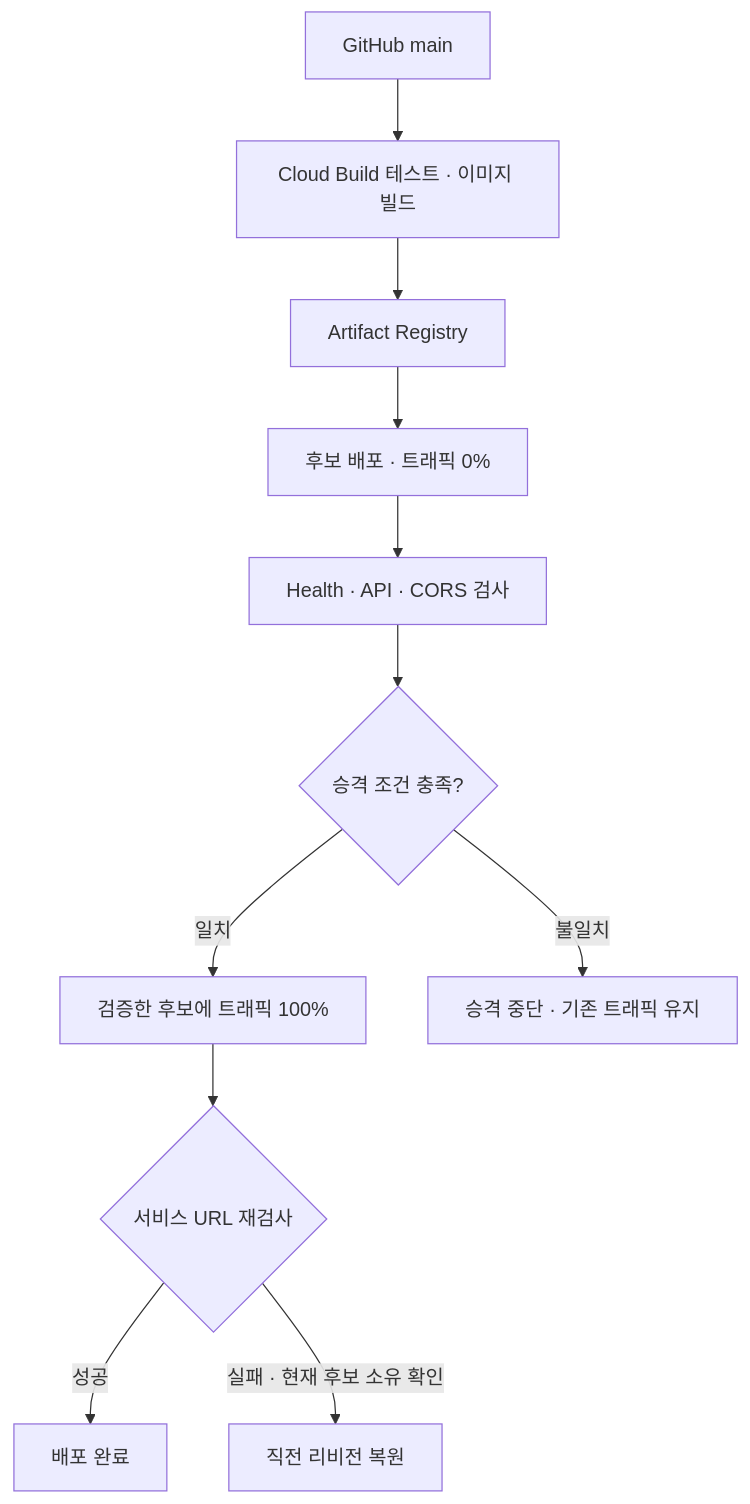
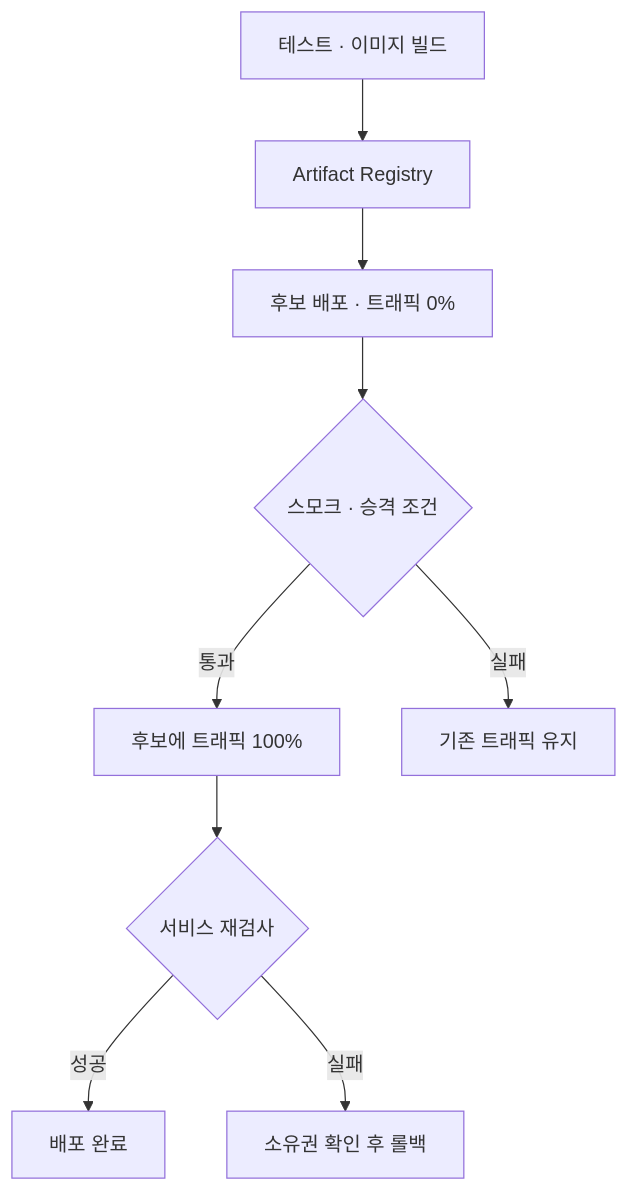
The seventh of 7 diagrams in README.md (ParkChanWoo0321/CityFarmerPlus_BE), drawn with Mermaid before and after one commit. The commit also changed other lines of this file, not shown here.

Commit message:
백엔드 포트폴리오 구성과 Mermaid 가독성 개선

````diff
--- a/README.md
+++ b/README.md
@@ -392,13 +349,18 @@
 ```mermaid
-flowchart TD
-    source["GitHub main"] --> test["Cloud Build 테스트 · 이미지 빌드"]
-    test --> registry["Artifact Registry"]
-    registry --> candidate["후보 배포 · 트래픽 0%"]
-    candidate --> smoke["Health · API · CORS 검사"]
-    smoke --> guard{"승격 조건 충족?"}
-    guard -->|"일치"| promote["검증한 후보에 트래픽 100%"]
-    guard -->|"불일치"| stopDeploy["승격 중단 · 기존 트래픽 유지"]
-    promote --> verify{"서비스 URL 재검사"}
-    verify -->|"성공"| complete["배포 완료"]
-    verify -->|"실패 · 현재 후보 소유 확인"| rollback["직전 리비전 복원"]
+flowchart TB
+    build["테스트 · 이미지 빌드"]
+    registry["Artifact Registry"]
+    candidate["후보 배포 · 트래픽 0%"]
+    check{"스모크 · 승격 조건"}
+    promote["후보에 트래픽 100%"]
+    keep["기존 트래픽 유지"]
+    verify{"서비스 재검사"}
+    done["배포 완료"]
+    rollback["소유권 확인 후 롤백"]
+    build --> registry --> candidate --> check
+    check -->|"통과"| promote
+    check -->|"실패"| keep
+    promote --> verify
+    verify -->|"성공"| done
+    verify -->|"실패"| rollback
 ```
````
